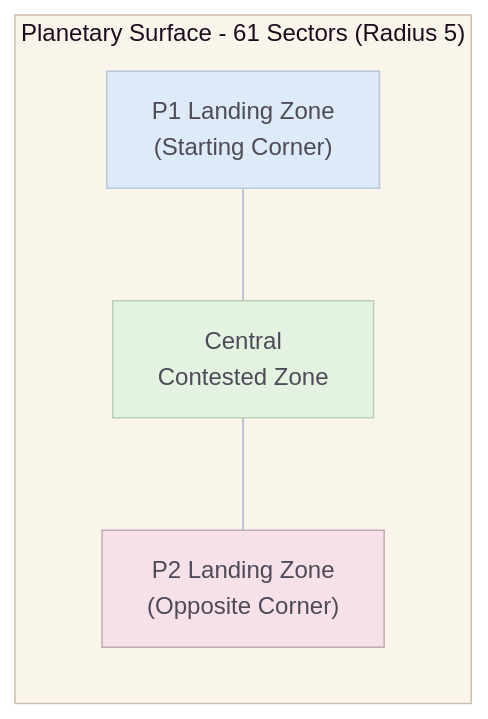
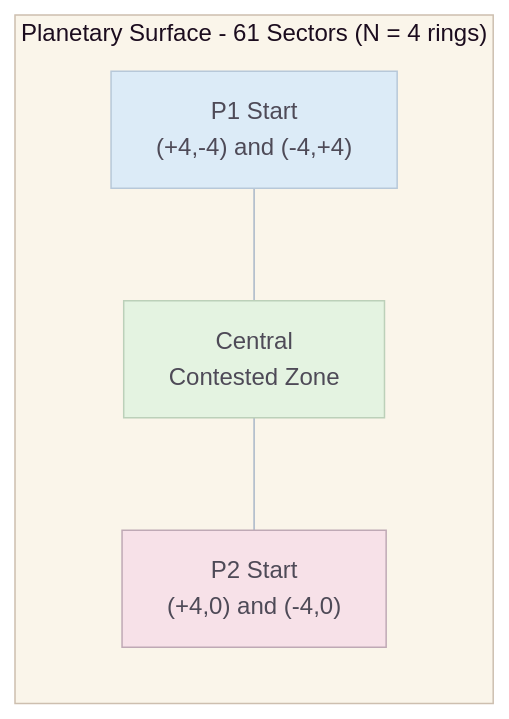
One commit to unknown-studios-code/goo-galaxy changed the first of 3 diagrams in .docs/GDD/01_Mechanics_and_Core_Gameplay.md. Above: the diagram before and after it, drawn with Mermaid. The commit also changed other lines of this file and 54 other files, not shown here.

````diff
--- a/.docs/GDD/01_Mechanics_and_Core_Gameplay.md
+++ b/.docs/GDD/01_Mechanics_and_Core_Gameplay.md
@@ -11,12 +11,12 @@
 ```mermaid
 %%{init: {"theme":"base","themeVariables":{"primaryColor":"#F7E1E8","secondaryColor":"#DCEBF7","tertiaryColor":"#E4F3E1","primaryBorderColor":"#BFA9B5","lineColor":"#A8B6C8","primaryTextColor":"#4E4A57","clusterBkg":"#FAF5EA","clusterBorder":"#CDBFAF","edgeLabelBackground":"#FFF9F2","noteBkgColor":"#F7F1FA","noteTextColor":"#4E4A57","taskBkgColor":"#DCEBF7","taskTextColor":"#4E4A57","taskTextOutsideColor":"#4E4A57","sectionBkgColor":"#E4F3E1","sectionBorderColor":"#BCD0B9","gridColor":"#E8DDD3","todayLineColor":"#C7A7B5","actorBkg":"#F7E1E8","actorBorder":"#BFA9B5","actorTextColor":"#4E4A57","signalColor":"#A8B6C8","signalTextColor":"#4E4A57","labelBoxBkgColor":"#FFF9F2","labelBoxBorderColor":"#CDBFAF","labelTextColor":"#4E4A57"}}}%%
 graph TD
-    subgraph "Planetary Surface - 61 Sectors (Radius 5)"
+    subgraph "Planetary Surface - 61 Sectors (N = 4 rings)"
         direction TB
-        A["P1 Landing Zone<br/>(Starting Corner)"] --- CENTER["Central<br/>Contested Zone"]
-        CENTER --- B["P2 Landing Zone<br/>(Opposite Corner)"]
+        A["P1 Start<br/>(+4,-4) and (-4,+4)"] --- CENTER["Central<br/>Contested Zone"]
+        CENTER --- B["P2 Start<br/>(+4,0) and (-4,0)"]
     end
     style A fill:#DCEBF7,color:#4E4A57,stroke:#B7C8D9
     style B fill:#F7E1E8,color:#4E4A57,stroke:#BFA9B5
     style CENTER fill:#E4F3E1,color:#4E4A57,stroke:#BCD0B9
 ```
````
